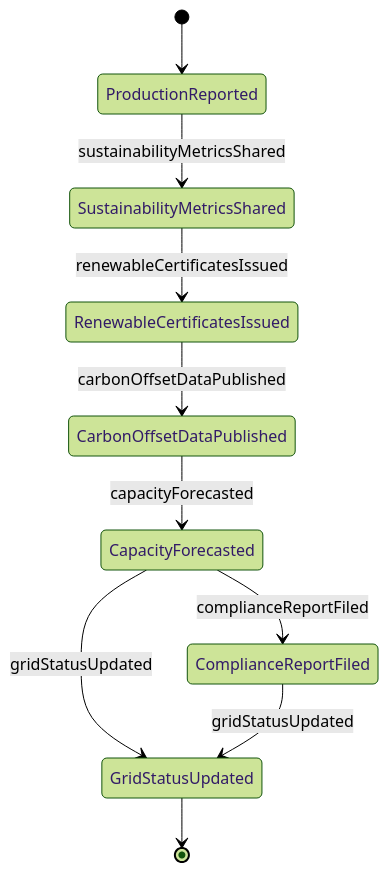
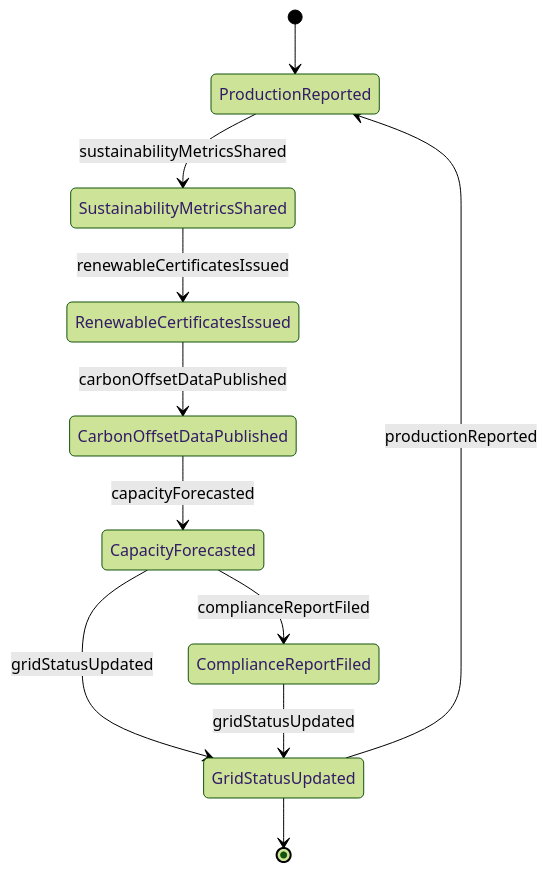
One commit to dot-org-ai/tasks.org.ai changed the second of 4 diagrams in CommunicatingWithSupervisorsPeersOrSubordinates/CommunicateEnvironmentalOrSustainabilityInformation/CommunicateGreenEnergyProductionInformation.mdx. Above: the diagram before and after it, drawn with Mermaid (forest theme). The commit also changed 515 other files, not shown here.

````diff
--- a/CommunicatingWithSupervisorsPeersOrSubordinates/CommunicateEnvironmentalOrSustainabilityInformation/CommunicateGreenEnergyProductionInformation.mdx
+++ b/CommunicatingWithSupervisorsPeersOrSubordinates/CommunicateEnvironmentalOrSustainabilityInformation/CommunicateGreenEnergyProductionInformation.mdx
@@ -101,12 +101,13 @@
 ```mermaid
 stateDiagram-v2
     [*] --> ProductionReported
     ProductionReported --> SustainabilityMetricsShared : sustainabilityMetricsShared
     SustainabilityMetricsShared --> RenewableCertificatesIssued : renewableCertificatesIssued
     RenewableCertificatesIssued --> CarbonOffsetDataPublished : carbonOffsetDataPublished
     CarbonOffsetDataPublished --> CapacityForecasted : capacityForecasted
     CapacityForecasted --> ComplianceReportFiled : complianceReportFiled
     CapacityForecasted --> GridStatusUpdated : gridStatusUpdated
     ComplianceReportFiled --> GridStatusUpdated : gridStatusUpdated
+    GridStatusUpdated --> ProductionReported : productionReported
     GridStatusUpdated --> [*]
 ```
````
